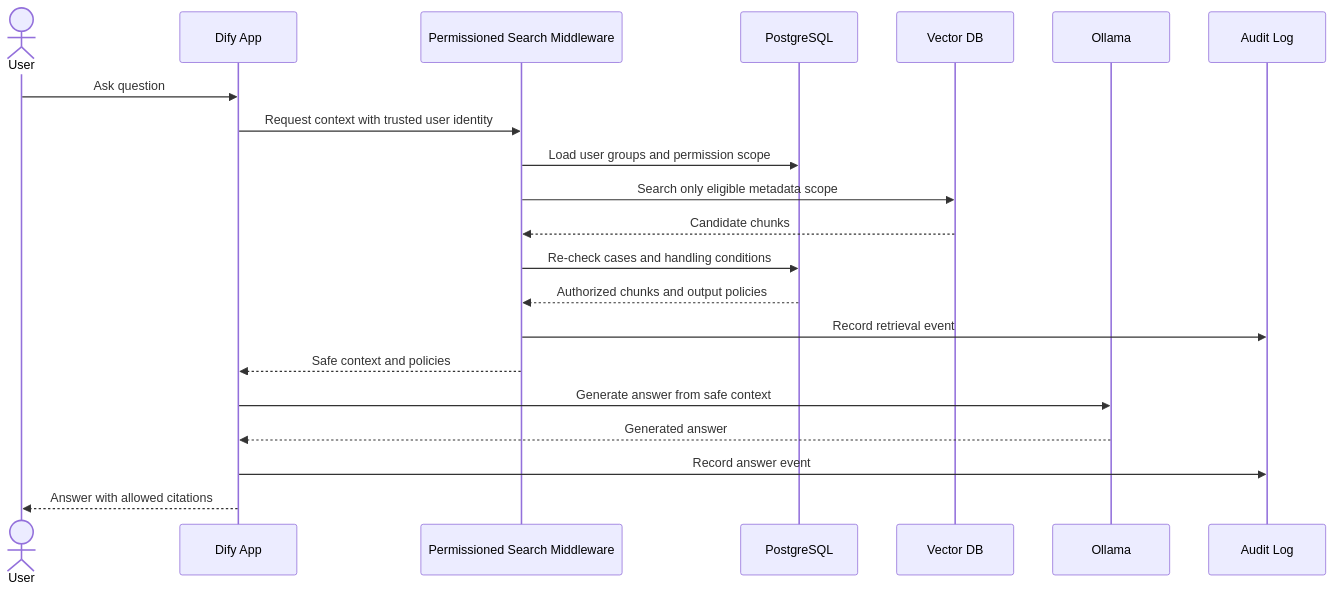
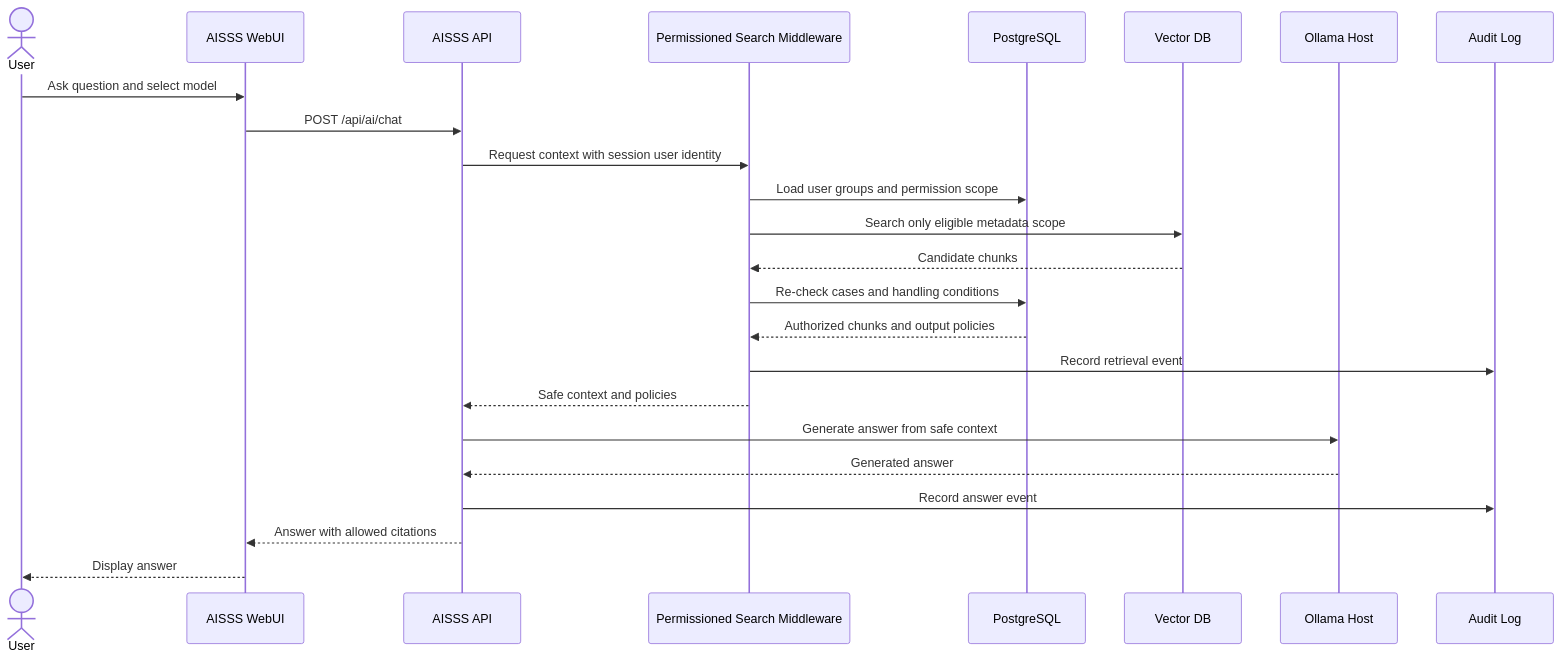
The fourth of 6 diagrams in docs/03-sequence-diagrams.md (matrix9neonebuchadnezzar2199-sketch/Aisss), drawn with Mermaid before and after one commit. The commit also changed other lines of this file and 28 other files, not shown here.

First line of the commit message:
docs(arch): remove Dify and adopt native Ollama AISSS design

````diff
--- a/docs/03-sequence-diagrams.md
+++ b/docs/03-sequence-diagrams.md
@@ -73,24 +73,27 @@
 ```mermaid
 sequenceDiagram
   actor User
-  participant Dify as Dify App
+  participant WebUI as AISSS WebUI
+  participant API as AISSS API
   participant Search as Permissioned Search Middleware
   participant DB as PostgreSQL
   participant Vector as Vector DB
-  participant Ollama as Ollama
+  participant Ollama as Ollama Host
   participant Audit as Audit Log
 
-  User->>Dify: Ask question
-  Dify->>Search: Request context with trusted user identity
+  User->>WebUI: Ask question and select model
+  WebUI->>API: POST /api/ai/chat
+  API->>Search: Request context with session user identity
   Search->>DB: Load user groups and permission scope
   Search->>Vector: Search only eligible metadata scope
   Vector-->>Search: Candidate chunks
   Search->>DB: Re-check cases and handling conditions
   DB-->>Search: Authorized chunks and output policies
   Search->>Audit: Record retrieval event
-  Search-->>Dify: Safe context and policies
-  Dify->>Ollama: Generate answer from safe context
-  Ollama-->>Dify: Generated answer
-  Dify->>Audit: Record answer event
-  Dify-->>User: Answer with allowed citations
+  Search-->>API: Safe context and policies
+  API->>Ollama: Generate answer from safe context
+  Ollama-->>API: Generated answer
+  API->>Audit: Record answer event
+  API-->>WebUI: Answer with allowed citations
+  WebUI-->>User: Display answer
 ```
````
